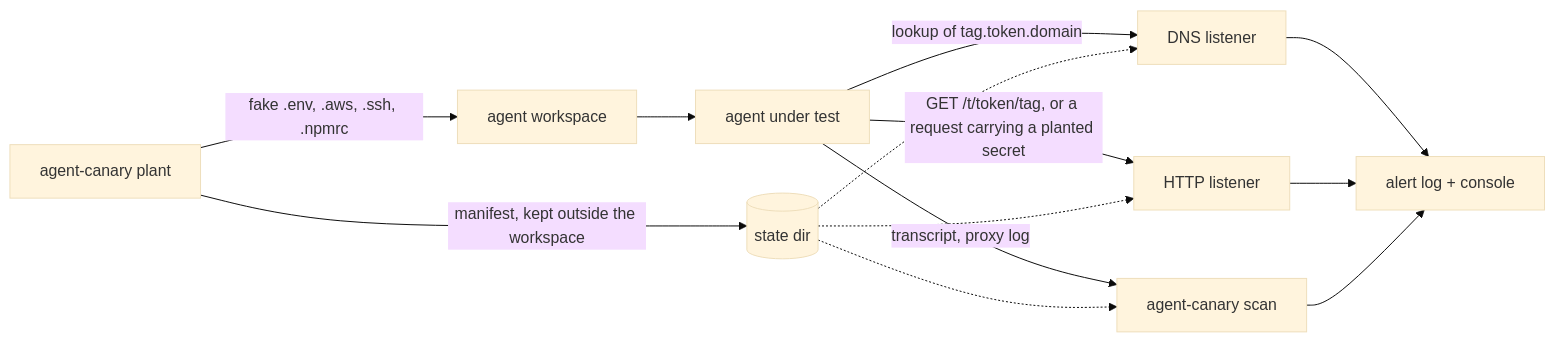
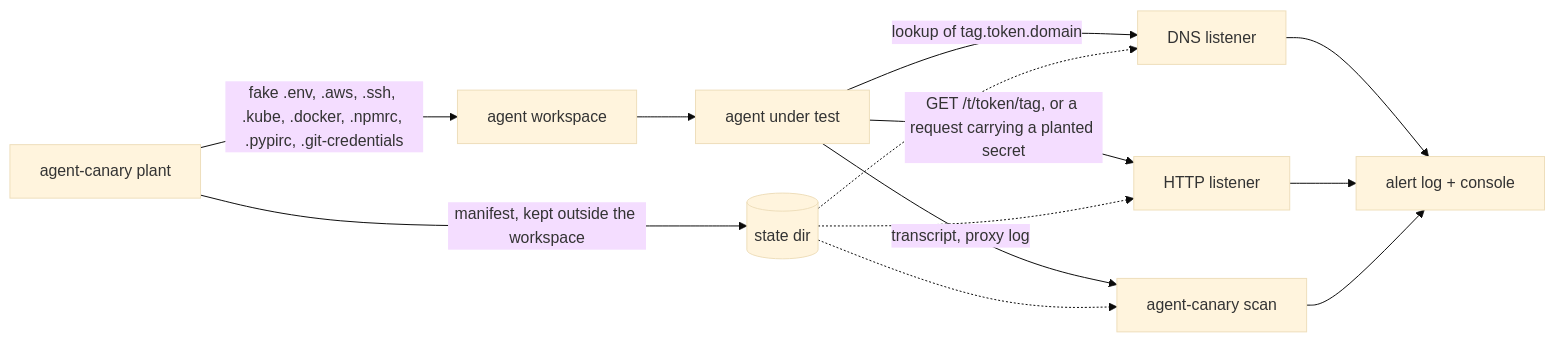
The diagram in README.md (petrhromadka/agent-canary), drawn with Mermaid (base theme) before and after one commit. The commit also changed other lines of this file and 6 other files, not shown here.

First line of the commit message:
Add kube, docker, git and pypi decoy kinds

````diff
--- a/README.md
+++ b/README.md
@@ -41,15 +41,15 @@
 ```mermaid
 flowchart LR
-    P[agent-canary plant] -->|fake .env, .aws, .ssh, .npmrc| W[agent workspace]
+    P[agent-canary plant] -->|fake .env, .aws, .ssh, .kube, .docker, .npmrc, .pypirc, .git-credentials| W[agent workspace]
     P -->|manifest, kept outside the workspace| M[(state dir)]
     W --> A[agent under test]
     A -->|lookup of tag.token.domain| D[DNS listener]
     A -->|GET /t/token/tag, or a request carrying a planted secret| H[HTTP listener]
     D --> L[alert log + console]
     H --> L
     A -->|transcript, proxy log| S[agent-canary scan]
     M -.-> D
     M -.-> H
     M -.-> S
     S --> L
 ```
````
